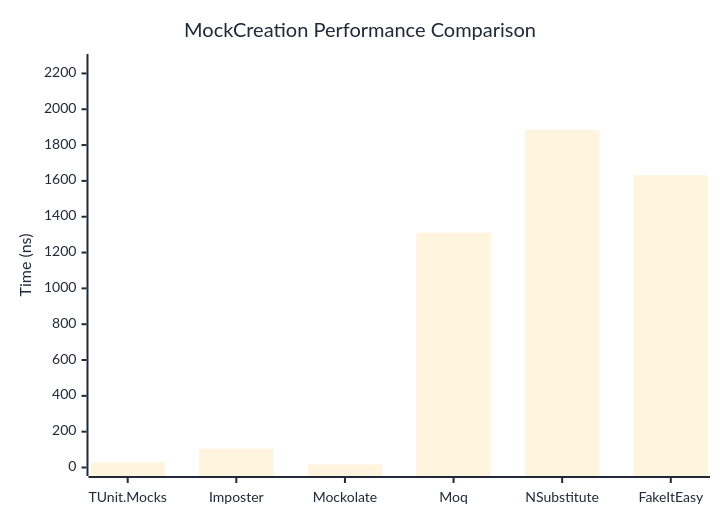
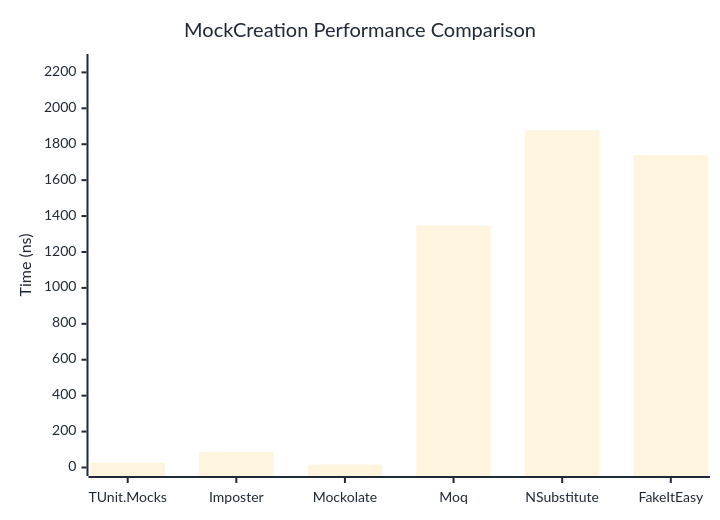
Before and after one commit to thomhurst/TUnit: the first of 2 diagrams in docs/docs/benchmarks/mocks/MockCreation.md, drawn with Mermaid. The commit also changed other lines of this file and 14 other files, not shown here.

````diff
--- a/docs/docs/benchmarks/mocks/MockCreation.md
+++ b/docs/docs/benchmarks/mocks/MockCreation.md
@@ -30,27 +30,27 @@
 ```mermaid
 %%{init: {
   'theme':'base',
   'themeVariables': {
     'primaryColor': '#2563eb',
     'primaryTextColor': '#1f2937',
     'primaryBorderColor': '#1e40af',
     'lineColor': '#6b7280',
     'secondaryColor': '#7c3aed',
     'tertiaryColor': '#dc2626',
     'background': '#ffffff',
     'pie1': '#2563eb',
     'pie2': '#7c3aed',
     'pie3': '#dc2626',
     'pie4': '#f59e0b',
     'pie5': '#10b981',
     'pie6': '#06b6d4',
     'pie7': '#ec4899',
     'pie8': '#6366f1'
   }
 }}%%
 xychart-beta
   title "MockCreation Performance Comparison"
   x-axis ["TUnit.Mocks", "Imposter", "Mockolate", "Moq", "NSubstitute", "FakeItEasy"]
-  y-axis "Time (ns)" 0 --> 2261
-  bar [27.43, 104.7, 16.92, 1310.85, 1883.81, 1631.44]
+  y-axis "Time (ns)" 0 --> 2255
+  bar [26.29, 86.33, 16.62, 1346.99, 1878.51, 1739.06]
 ```
````
